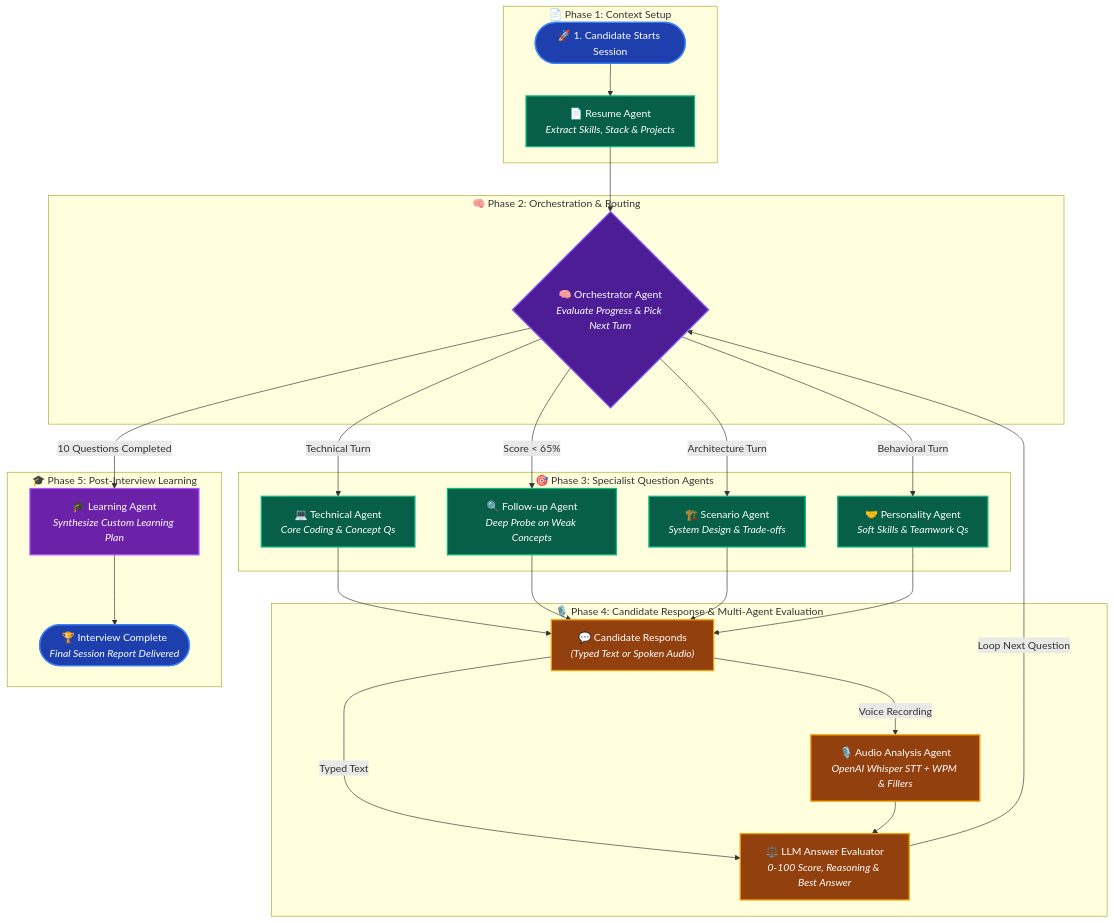
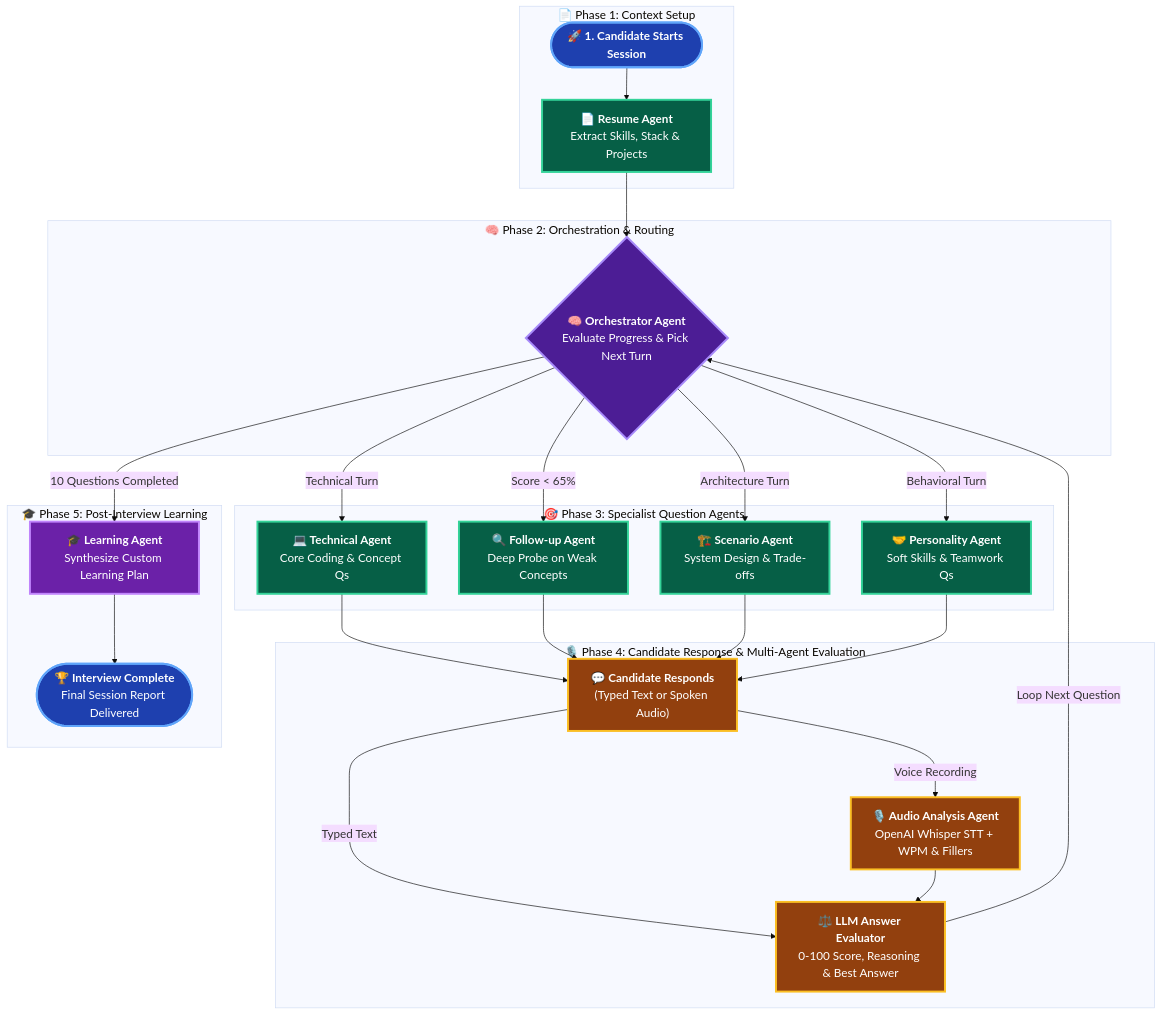
One commit to ShubhamPandey020525/Interview_Coach changed the diagram in README.md. Above: the diagram before and after it, drawn with Mermaid.

Commit message:
docs: enlarge Mermaid diagram font size, node box padding, and border weights

````diff
--- a/README.md
+++ b/README.md
@@ -47,44 +47,45 @@
 ```mermaid
+%%{init: {'theme': 'base', 'themeVariables': { 'fontSize': '18px', 'fontFamily': 'system-ui, sans-serif'}}}%%
 flowchart TD
     subgraph Phase1["📄 Phase 1: Context Setup"]
-        Start(["🚀 1. Candidate Starts Session"]) --> Resume["📄 Resume Agent<br><i>Extract Skills, Stack & Projects</i>"]
+        Start(["<b>🚀 1. Candidate Starts Session</b>"]) --> Resume["<b>📄 Resume Agent</b><br>Extract Skills, Stack & Projects"]
     end
 
     subgraph Phase2["🧠 Phase 2: Orchestration & Routing"]
-        Resume --> Orch{"🧠 Orchestrator Agent<br><i>Evaluate Progress & Pick Next Turn</i>"}
+        Resume --> Orch{"<b>🧠 Orchestrator Agent</b><br>Evaluate Progress & Pick Next Turn"}
     end
 
     subgraph Phase3["🎯 Phase 3: Specialist Question Agents"]
-        Orch -->|"Technical Turn"| Tech["💻 Technical Agent<br><i>Core Coding & Concept Qs</i>"]
-        Orch -->|"Score < 65%"| Followup["🔍 Follow-up Agent<br><i>Deep Probe on Weak Concepts</i>"]
-        Orch -->|"Architecture Turn"| Scenario["🏗️ Scenario Agent<br><i>System Design & Trade-offs</i>"]
-        Orch -->|"Behavioral Turn"| Personality["🤝 Personality Agent<br><i>Soft Skills & Teamwork Qs</i>"]
+        Orch -->|"Technical Turn"| Tech["<b>💻 Technical Agent</b><br>Core Coding & Concept Qs"]
+        Orch -->|"Score < 65%"| Followup["<b>🔍 Follow-up Agent</b><br>Deep Probe on Weak Concepts"]
+        Orch -->|"Architecture Turn"| Scenario["<b>🏗️ Scenario Agent</b><br>System Design & Trade-offs"]
+        Orch -->|"Behavioral Turn"| Personality["<b>🤝 Personality Agent</b><br>Soft Skills & Teamwork Qs"]
     end
 
     subgraph Phase4["🎙️ Phase 4: Candidate Response & Multi-Agent Evaluation"]
-        Tech & Followup & Scenario & Personality --> CandidateAnswer["💬 Candidate Responds<br><i>(Typed Text or Spoken Audio)</i>"]
-        CandidateAnswer -->|"Voice Recording"| AudioAgent["🎙️ Audio Analysis Agent<br><i>OpenAI Whisper STT + WPM & Fillers</i>"]
-        CandidateAnswer -->|"Typed Text"| LLMEval["⚖️ LLM Answer Evaluator<br><i>0-100 Score, Reasoning & Best Answer</i>"]
+        Tech & Followup & Scenario & Personality --> CandidateAnswer["<b>💬 Candidate Responds</b><br>(Typed Text or Spoken Audio)"]
+        CandidateAnswer -->|"Voice Recording"| AudioAgent["<b>🎙️ Audio Analysis Agent</b><br>OpenAI Whisper STT + WPM & Fillers"]
+        CandidateAnswer -->|"Typed Text"| LLMEval["<b>⚖️ LLM Answer Evaluator</b><br>0-100 Score, Reasoning & Best Answer"]
         AudioAgent --> LLMEval
     end
 
     subgraph Phase5["🎓 Phase 5: Post-Interview Learning"]
-        Orch -->|"10 Questions Completed"| Learning["🎓 Learning Agent<br><i>Synthesize Custom Learning Plan</i>"]
-        Learning --> Complete(["🏆 Interview Complete<br><i>Final Session Report Delivered</i>"])
+        Orch -->|"10 Questions Completed"| Learning["<b>🎓 Learning Agent</b><br>Synthesize Custom Learning Plan"]
+        Learning --> Complete(["<b>🏆 Interview Complete</b><br>Final Session Report Delivered"])
     end
 
     LLMEval -->|"Loop Next Question"| Orch
 
-    %% Modern Theme Styling
-    classDef startStyle fill:#1e40af,stroke:#3b82f6,stroke-width:2px,color:#ffffff;
-    classDef orchStyle fill:#4c1d95,stroke:#8b5cf6,stroke-width:2px,color:#ffffff;
-    classDef agentStyle fill:#065f46,stroke:#10b981,stroke-width:2px,color:#ffffff;
-    classDef evalStyle fill:#92400e,stroke:#f59e0b,stroke-width:2px,color:#ffffff;
-    classDef learnStyle fill:#6b21a8,stroke:#a855f7,stroke-width:2px,color:#ffffff;
+    %% Modern High-Legibility Styling
+    classDef startStyle fill:#1e40af,stroke:#60a5fa,stroke-width:3px,color:#ffffff,font-size:18px;
+    classDef orchStyle fill:#4c1d95,stroke:#a78bfa,stroke-width:3px,color:#ffffff,font-size:18px;
+    classDef agentStyle fill:#065f46,stroke:#34d399,stroke-width:3px,color:#ffffff,font-size:18px;
+    classDef evalStyle fill:#92400e,stroke:#fbbf24,stroke-width:3px,color:#ffffff,font-size:18px;
+    classDef learnStyle fill:#6b21a8,stroke:#c084fc,stroke-width:3px,color:#ffffff,font-size:18px;
 
     class Start,Complete startStyle;
     class Orch orchStyle;
     class Resume,Tech,Followup,Scenario,Personality agentStyle;
     class CandidateAnswer,AudioAgent,LLMEval evalStyle;
     class Learning learnStyle;
 ```
````
